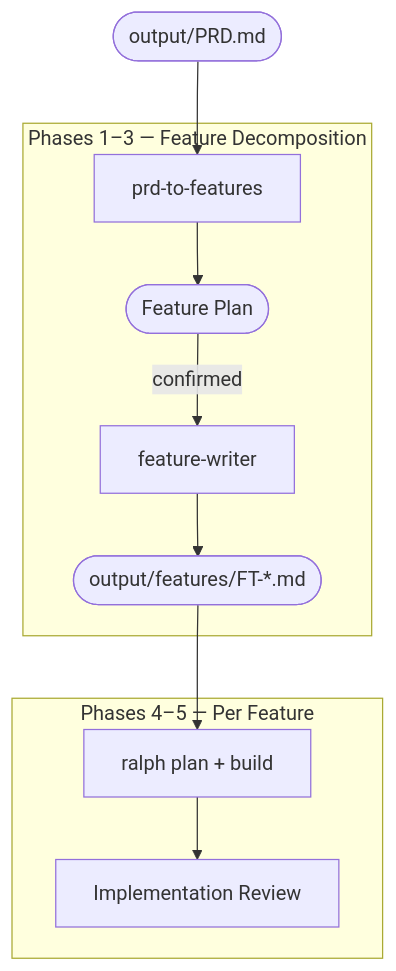
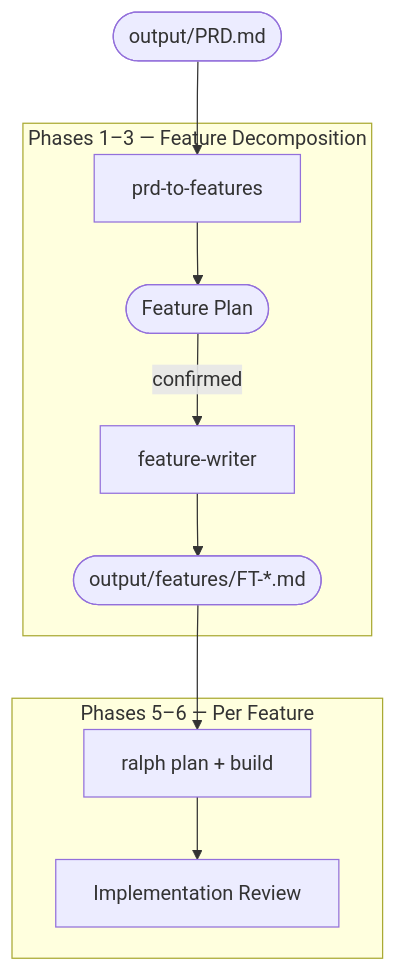
One commit to DEFRA/defra-ai-modernisation-playbook changed the diagram in pages/re-engineering/process/README.md. Above: the diagram before and after it, drawn with Mermaid. The commit also changed other lines of this file, not shown here.

````diff
--- a/pages/re-engineering/process/README.md
+++ b/pages/re-engineering/process/README.md
@@ -10,26 +10,26 @@
 ```mermaid
 flowchart TB
     PRD(["output/PRD.md"])
 
     subgraph decomposition ["Phases 1–3 — Feature Decomposition"]
         ptf[prd-to-features]
         plan(["Feature Plan"])
         fw[feature-writer]
         features(["output/features/FT-*.md"])
 
         ptf --> plan
         plan -->|confirmed| fw
         fw --> features
     end
 
     PRD --> ptf
 
-    subgraph build ["Phases 4–5 — Per Feature"]
+    subgraph build ["Phases 5–6 — Per Feature"]
         ralph[ralph plan + build]
         review["Implementation Review"]
 
         ralph --> review
     end
 
     features --> ralph
 ```
````
